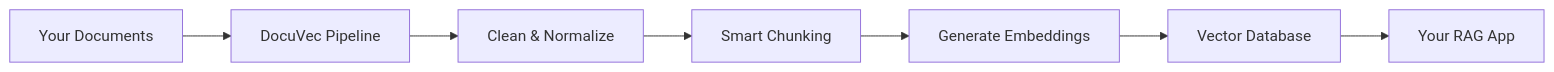
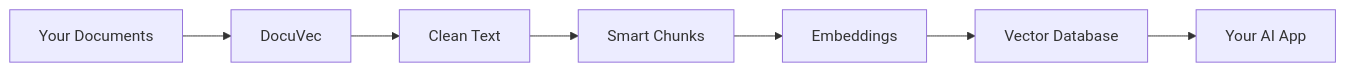
The diagram in README.md (sofianedjerbi/docuvec), drawn with Mermaid before and after one commit. The commit also changed other lines of this file and 2 other files, not shown here.

````diff
--- a/README.md
+++ b/README.md
@@ -121,9 +163,9 @@
 ```mermaid
 graph LR
-    A[Your Documents] --> B[DocuVec Pipeline]
-    B --> C[Clean & Normalize]
-    C --> D[Smart Chunking]
-    D --> E[Generate Embeddings]
+    A[Your Documents] --> B[DocuVec]
+    B --> C[Clean Text]
+    C --> D[Smart Chunks]
+    D --> E[Embeddings]
     E --> F[Vector Database]
-    F --> G[Your RAG App]
+    F --> G[Your AI App]
 ```
````
